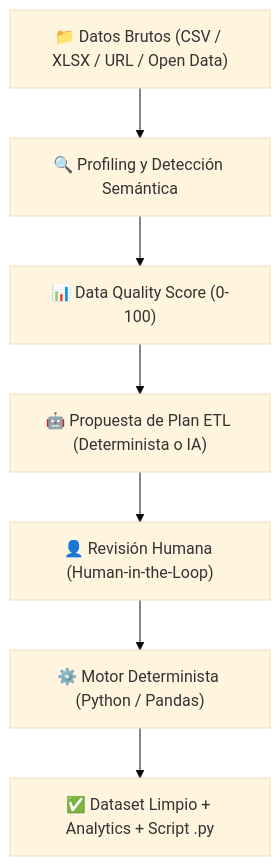
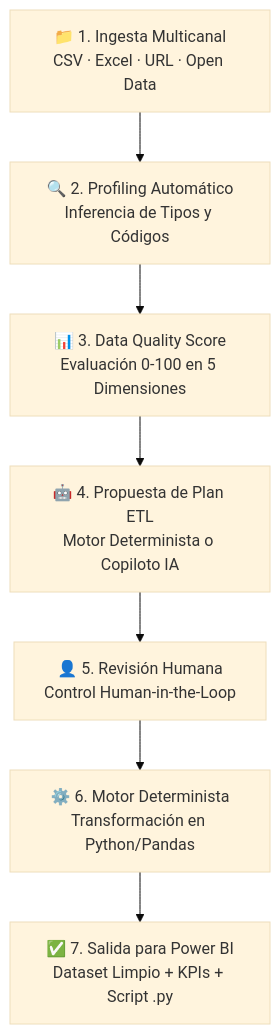
The diagram in README.md (migueljerico/dataflow-ai), drawn with Mermaid (base theme) before and after one commit.

Commit message:
docs(readme): estructurar nodos Mermaid en dos lineas para evitar truncamiento horizontal de texto

````diff
--- a/README.md
+++ b/README.md
@@ -77,9 +77,9 @@
 ```mermaid
 flowchart TD
-    A["📁 Datos Brutos (CSV / XLSX / URL / Open Data)"] --> B["🔍 Profiling y Detección Semántica"]
-    B --> C["📊 Data Quality Score (0-100)"]
-    C --> D["🤖 Propuesta de Plan ETL (Determinista o IA)"]
-    D --> E["👤 Revisión Humana (Human-in-the-Loop)"]
-    E --> F["⚙️ Motor Determinista (Python / Pandas)"]
-    F --> G["✅ Dataset Limpio + Analytics + Script .py"]
+    A["📁 1. Ingesta Multicanal<br/>CSV · Excel · URL · Open Data"] --> B["🔍 2. Profiling Automático<br/>Inferencia de Tipos y Códigos"]
+    B --> C["📊 3. Data Quality Score<br/>Evaluación 0-100 en 5 Dimensiones"]
+    C --> D["🤖 4. Propuesta de Plan ETL<br/>Motor Determinista o Copiloto IA"]
+    D --> E["👤 5. Revisión Humana<br/>Control Human-in-the-Loop"]
+    E --> F["⚙️ 6. Motor Determinista<br/>Transformación en Python/Pandas"]
+    F --> G["✅ 7. Salida para Power BI<br/>Dataset Limpio + KPIs + Script .py"]
 ```
````
